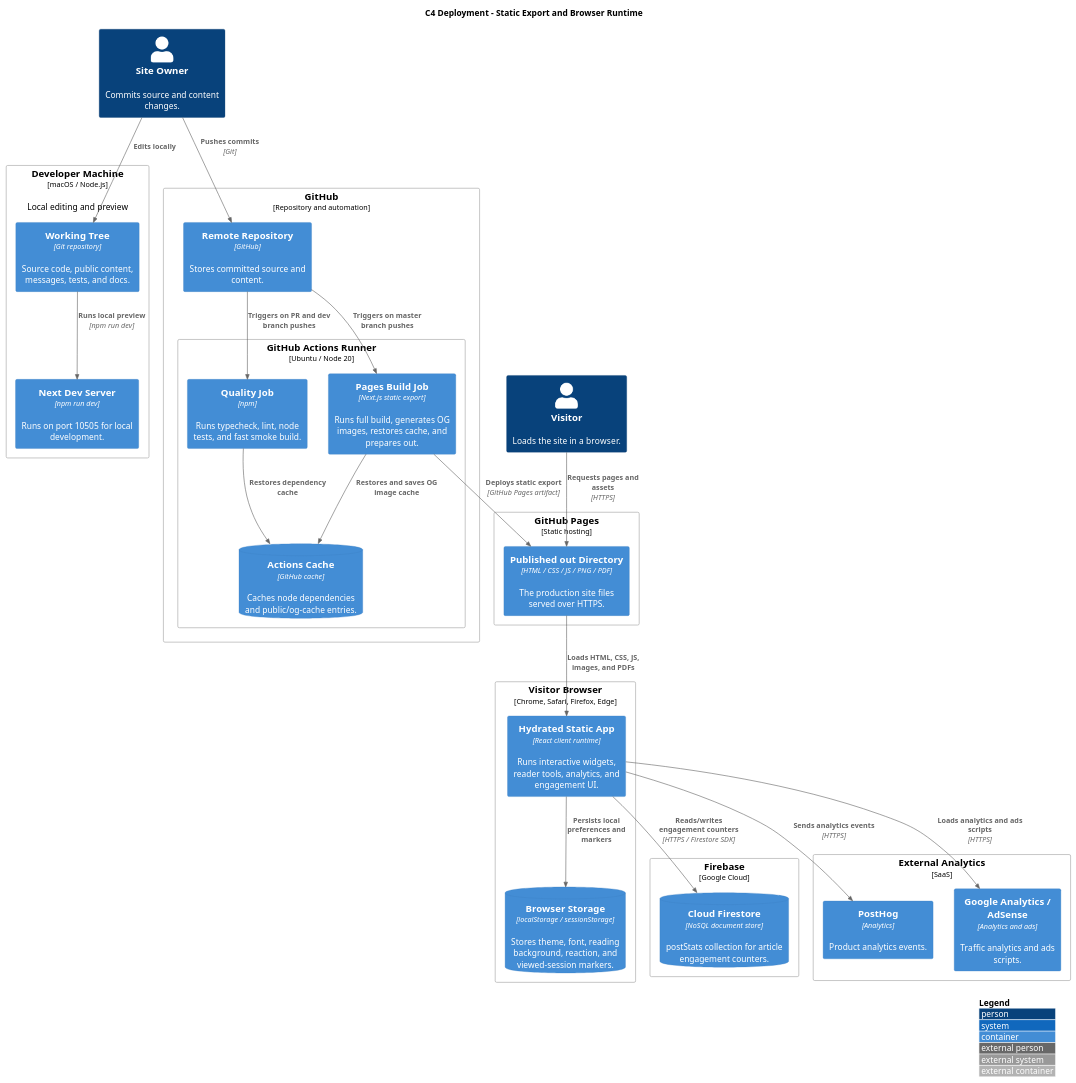
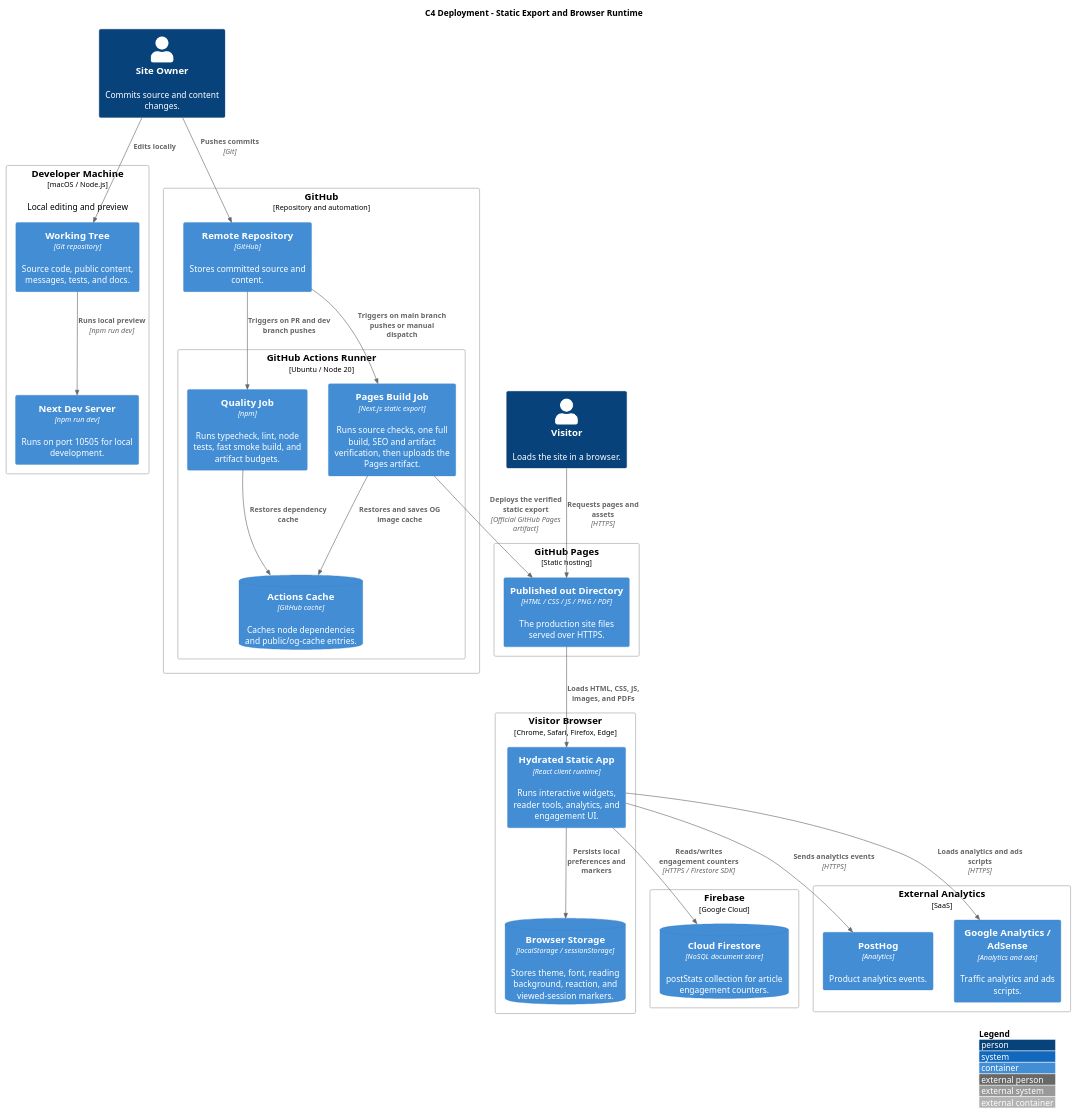
Before and after one commit to nguyenlephong/nguyenlephong.github.io: the diagram in docs/diagrams/c4-deployment.puml, drawn with PlantUML. The commit also changed 21 other files, not shown here.

```diff
--- a/docs/diagrams/c4-deployment.puml
+++ b/docs/diagrams/c4-deployment.puml
@@ -1,58 +1,58 @@
 @startuml c4_deployment
 !include https://raw.githubusercontent.com/plantuml-stdlib/C4-PlantUML/master/C4_Deployment.puml
 
 LAYOUT_WITH_LEGEND()
 
 title C4 Deployment - Static Export and Browser Runtime
 
 Person(owner, "Site Owner", "Commits source and content changes.")
 Person(visitor, "Visitor", "Loads the site in a browser.")
 
 Deployment_Node(dev_machine, "Developer Machine", "macOS / Node.js", "Local editing and preview") {
   Container(repo, "Working Tree", "Git repository", "Source code, public content, messages, tests, and docs.")
   Container(dev_server, "Next Dev Server", "npm run dev", "Runs on port 10505 for local development.")
 }
 
 Deployment_Node(github, "GitHub", "Repository and automation") {
   Container(source_repo, "Remote Repository", "GitHub", "Stores committed source and content.")
   Deployment_Node(actions, "GitHub Actions Runner", "Ubuntu / Node 20") {
-    Container(ci_quality, "Quality Job", "npm", "Runs typecheck, lint, node tests, and fast smoke build.")
-    Container(build_job, "Pages Build Job", "Next.js static export", "Runs full build, generates OG images, restores cache, and prepares out.")
+    Container(ci_quality, "Quality Job", "npm", "Runs typecheck, lint, node tests, fast smoke build, and artifact budgets.")
+    Container(build_job, "Pages Build Job", "Next.js static export", "Runs source checks, one full build, SEO and artifact verification, then uploads the Pages artifact.")
     ContainerDb(actions_cache, "Actions Cache", "GitHub cache", "Caches node dependencies and public/og-cache entries.")
   }
 }
 
 Deployment_Node(static_hosting, "GitHub Pages", "Static hosting") {
   Container(out_dir, "Published out Directory", "HTML / CSS / JS / PNG / PDF", "The production site files served over HTTPS.")
 }
 
 Deployment_Node(browser, "Visitor Browser", "Chrome, Safari, Firefox, Edge") {
   Container(static_runtime, "Hydrated Static App", "React client runtime", "Runs interactive widgets, reader tools, analytics, and engagement UI.")
   ContainerDb(browser_storage, "Browser Storage", "localStorage / sessionStorage", "Stores theme, font, reading background, reaction, and viewed-session markers.")
 }
 
 Deployment_Node(firebase, "Firebase", "Google Cloud") {
   ContainerDb(firestore, "Cloud Firestore", "NoSQL document store", "postStats collection for article engagement counters.")
 }
 
 Deployment_Node(external_analytics, "External Analytics", "SaaS") {
   Container(posthog, "PostHog", "Analytics", "Product analytics events.")
   Container(google, "Google Analytics / AdSense", "Analytics and ads", "Traffic analytics and ads scripts.")
 }
 
 Rel(owner, repo, "Edits locally")
 Rel(repo, dev_server, "Runs local preview", "npm run dev")
 Rel(owner, source_repo, "Pushes commits", "Git")
 Rel(source_repo, ci_quality, "Triggers on PR and dev branch pushes")
-Rel(source_repo, build_job, "Triggers on master branch pushes")
+Rel(source_repo, build_job, "Triggers on main branch pushes or manual dispatch")
 Rel(ci_quality, actions_cache, "Restores dependency cache")
 Rel(build_job, actions_cache, "Restores and saves OG image cache")
-Rel(build_job, out_dir, "Deploys static export", "GitHub Pages artifact")
+Rel(build_job, out_dir, "Deploys the verified static export", "Official GitHub Pages artifact")
 Rel(visitor, out_dir, "Requests pages and assets", "HTTPS")
 Rel(out_dir, static_runtime, "Loads HTML, CSS, JS, images, and PDFs")
 Rel(static_runtime, browser_storage, "Persists local preferences and markers")
 Rel(static_runtime, firestore, "Reads/writes engagement counters", "HTTPS / Firestore SDK")
 Rel(static_runtime, posthog, "Sends analytics events", "HTTPS")
 Rel(static_runtime, google, "Loads analytics and ads scripts", "HTTPS")
 
 @enduml
```
